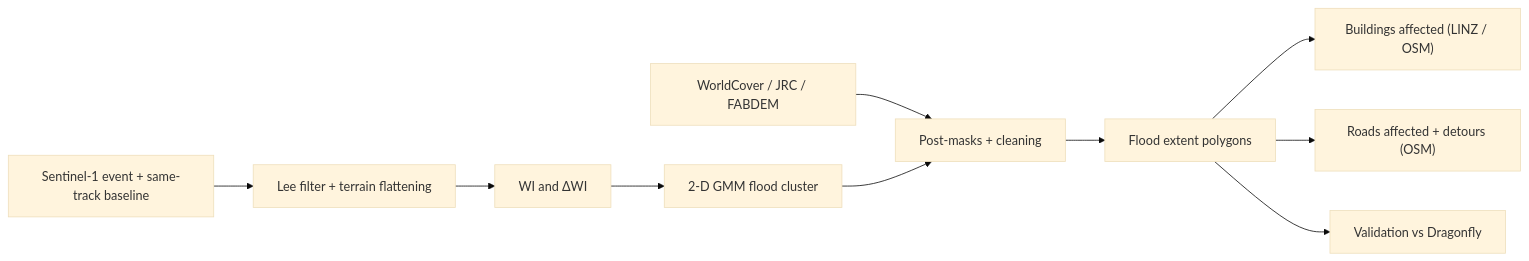
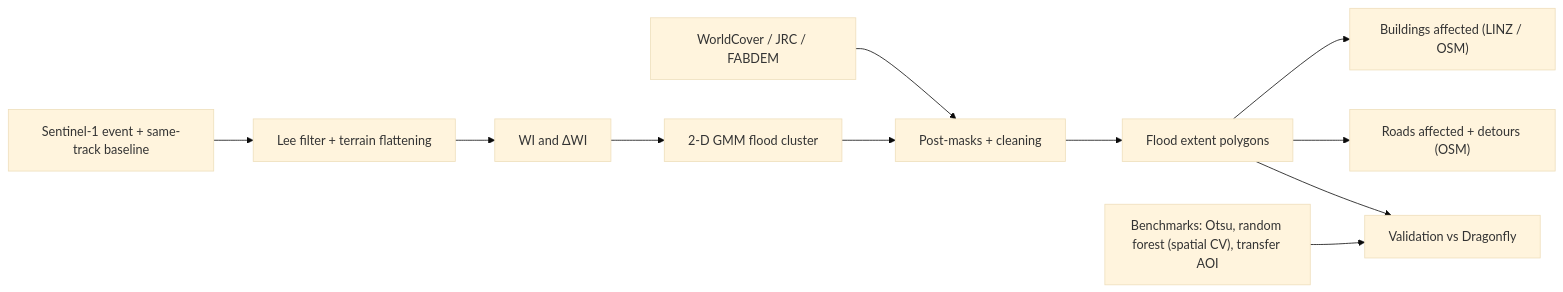
One commit to uoa-gis/GIS changed the diagram in README.md. Above: the diagram before and after it, drawn with Mermaid (base theme). The commit also changed other lines of this file and 2 other files, not shown here.

Commit message:
flowchart adjustments

````diff
--- a/README.md
+++ b/README.md
@@ -24,11 +24,12 @@
 ```mermaid
 flowchart LR
   A["Sentinel-1 event + same-track baseline"] --> B["Lee filter + terrain flattening"]
   B --> C["WI and ΔWI"]
   C --> D["2-D GMM flood cluster"]
   E["WorldCover / JRC / FABDEM"] --> F["Post-masks + cleaning"]
   D --> F --> G["Flood extent polygons"]
   G --> H["Buildings affected (LINZ / OSM)"]
   G --> I["Roads affected + detours (OSM)"]
   G --> J["Validation vs Dragonfly"]
+  K["Benchmarks: Otsu, random forest (spatial CV), transfer AOI"] --> J
 ```
````
